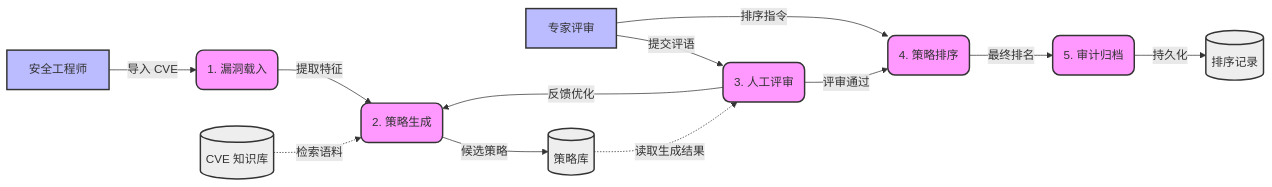
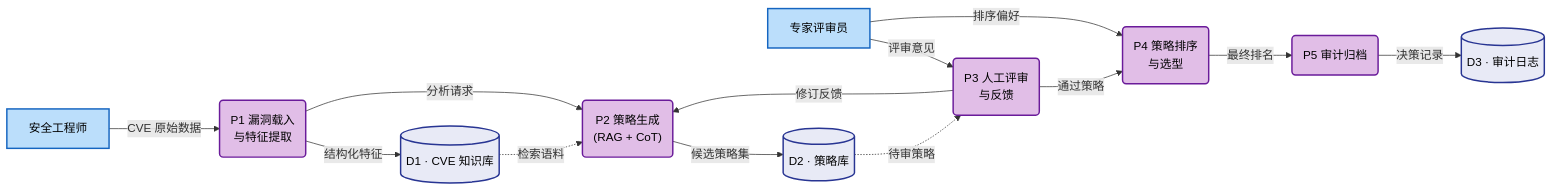
Before and after one commit to Ivanbeethoven/ustb_graduator_paper: the diagram in images/chap4/data_flow_audit.mmd, drawn with Mermaid. The commit also changed 186 other files, not shown here.

```diff
--- a/images/chap4/data_flow_audit.mmd
+++ b/images/chap4/data_flow_audit.mmd
@@ -1,36 +1,37 @@
 flowchart LR
-    %% Styles for DFD
-    classDef process fill:#f9f,stroke:#333,stroke-width:2px,rx:10,ry:10;
-    classDef store fill:#eee,stroke:#333,stroke-width:2px,shape:cylinder;
-    classDef entity fill:#bbf,stroke:#333,stroke-width:2px,shape:rect;
+    %% 数据流图 (DFD Level-1) — KPEAgent 防控闭环（横向）
+    classDef process fill:#e1bee7,stroke:#6a1b9a,stroke-width:2px,color:#000
+    classDef store fill:#e8eaf6,stroke:#283593,stroke-width:2px,color:#000
+    classDef entity fill:#bbdefb,stroke:#1565c0,stroke-width:2px,color:#000
 
-    %% Entities
-    User[安全工程师]:::entity
-    Expert[专家评审]:::entity
-    
-    %% Processes
-    P1(1. 漏洞载入):::process
-    P2(2. 策略生成):::process
-    P3(3. 人工评审):::process
-    P4(4. 策略排序):::process
-    P5(5. 审计归档):::process
+    %% 外部实体
+    User["安全工程师"]:::entity
+    Expert["专家评审员"]:::entity
 
-    %% Data Stores
-    D1[(CVE 知识库)]:::store
-    D2[(策略库)]:::store
-    D3[(排序记录)]:::store
+    %% 数据存储
+    D1[("D1 · CVE 知识库")]:::store
+    D2[("D2 · 策略库")]:::store
+    D3[("D3 · 审计日志")]:::store
 
-    %% Flows
-    User -->|导入 CVE| P1
-    P1 -->|提取特征| P2
-    D1 -.->|检索语料| P2
-    P2 -->|候选策略| D2
-    
-    D2 -.->|读取生成结果| P3
-    Expert -->|提交评语| P3
-    P3 -->|反馈优化| P2
-    
-    P3 -->|评审通过| P4
-    Expert -->|排序指令| P4
-    P4 -->|最终排名| P5
-    P5 -->|持久化| D3
+    %% 处理过程
+    P1("P1 漏洞载入\n与特征提取"):::process
+    P2("P2 策略生成\n(RAG + CoT)"):::process
+    P3("P3 人工评审\n与反馈"):::process
+    P4("P4 策略排序\n与选型"):::process
+    P5("P5 审计归档"):::process
+
+    %% 数据流
+    User -->|"CVE 原始数据"| P1
+    P1 -->|"结构化特征"| D1
+    D1 -.->|"检索语料"| P2
+    P1 -->|"分析请求"| P2
+    P2 -->|"候选策略集"| D2
+
+    D2 -.->|"待审策略"| P3
+    Expert -->|"评审意见"| P3
+    P3 -->|"修订反馈"| P2
+
+    P3 -->|"通过策略"| P4
+    Expert -->|"排序偏好"| P4
+    P4 -->|"最终排名"| P5
+    P5 -->|"决策记录"| D3
```
